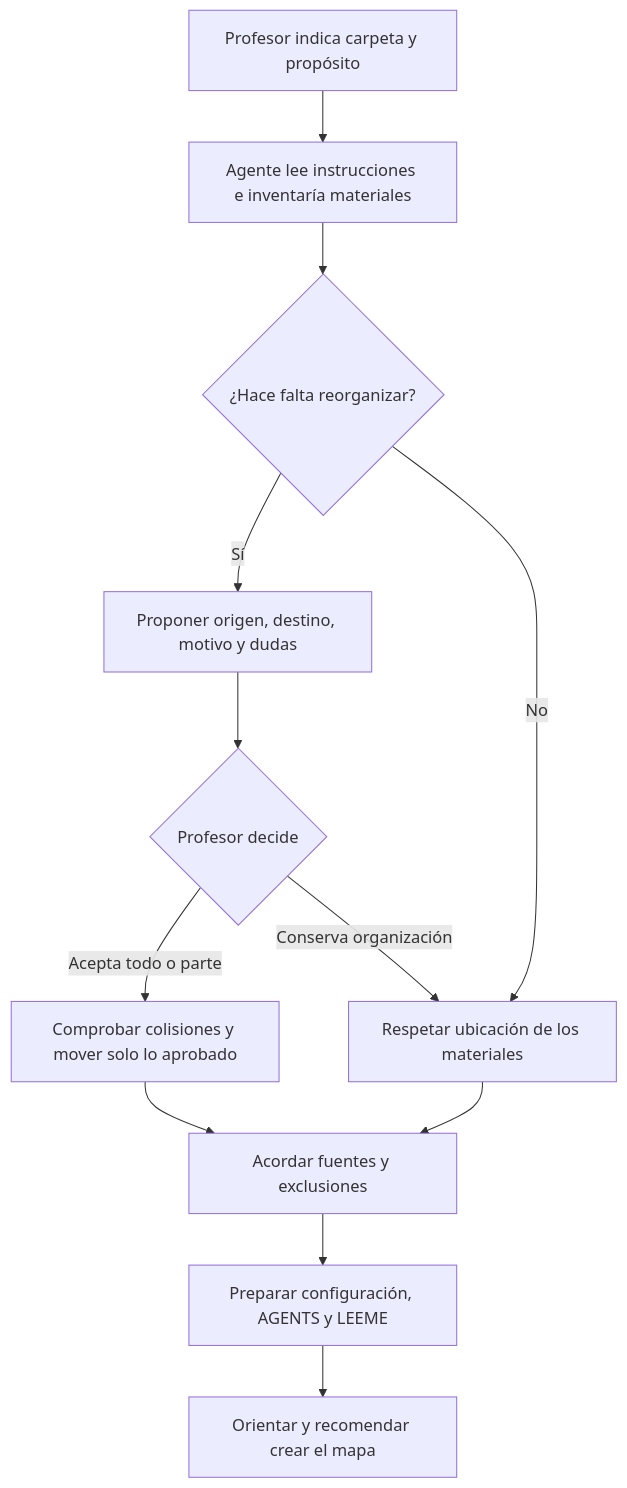
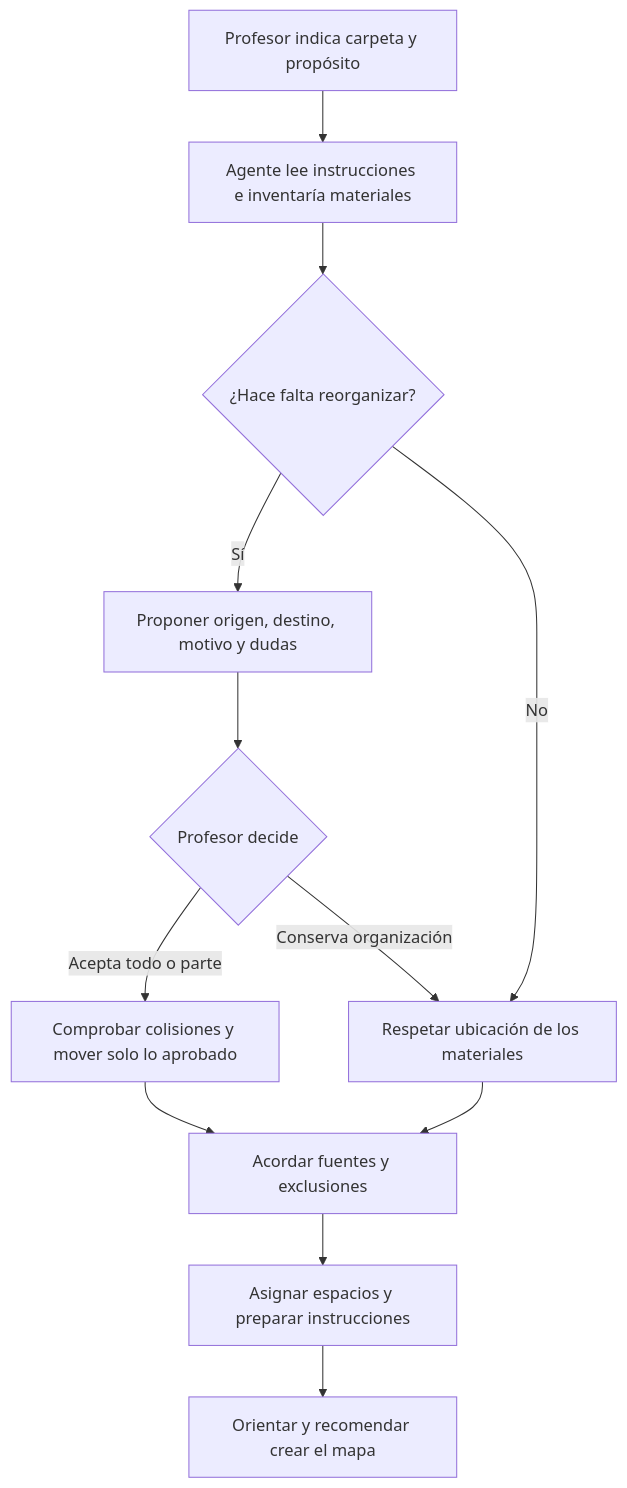
The second of 11 diagrams in docs/ESQUEMAS-PROCESOS.md (cjescudero/asistente-docente), drawn with Mermaid before and after one commit. The commit also changed other lines of this file and 82 other files, not shown here.

````diff
--- a/docs/ESQUEMAS-PROCESOS.md
+++ b/docs/ESQUEMAS-PROCESOS.md
@@ -37,14 +37,14 @@
 ```mermaid
 flowchart TD
     A[Profesor indica carpeta y propósito] --> B[Agente lee instrucciones e inventaría materiales]
     B --> C{¿Hace falta reorganizar?}
     C -->|Sí| D[Proponer origen, destino, motivo y dudas]
     D --> E{Profesor decide}
     E -->|Acepta todo o parte| F[Comprobar colisiones y mover solo lo aprobado]
     E -->|Conserva organización| G[Respetar ubicación de los materiales]
     C -->|No| G
     F --> H[Acordar fuentes y exclusiones]
     G --> H
-    H --> I[Preparar configuración, AGENTS y LEEME]
+    H --> I[Asignar espacios y preparar instrucciones]
     I --> J[Orientar y recomendar crear el mapa]
 ```
````
